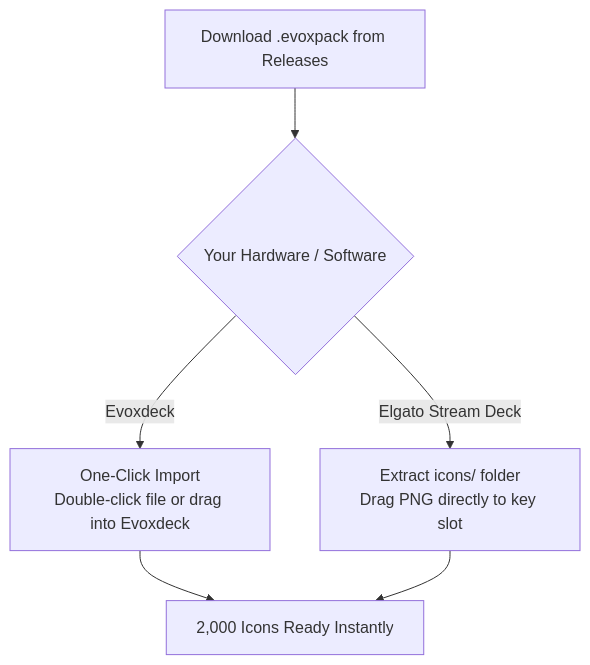
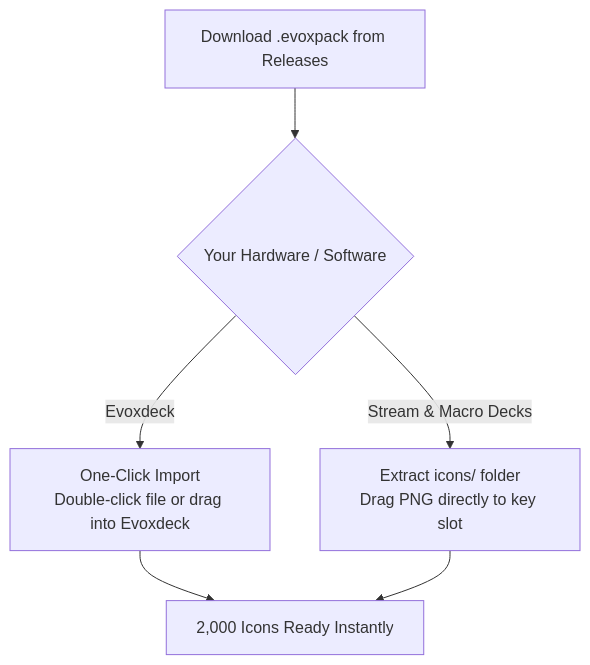
One commit to hfatih/glass-icons-pack-2 changed the diagram in README.md. Above: the diagram before and after it, drawn with Mermaid. The commit also changed other lines of this file and 11 other files, not shown here.

````diff
--- a/README.md
+++ b/README.md
@@ -78,8 +78,8 @@
 ```mermaid
 flowchart TD
     A["Download .evoxpack from Releases"] --> B{"Your Hardware / Software"}
     B -->|"Evoxdeck"| C["One-Click Import<br/>Double-click file or drag into Evoxdeck"]
-    B -->|"Elgato Stream Deck"| D["Extract icons/ folder<br/>Drag PNG directly to key slot"]
+    B -->|"Stream & Macro Decks"| D["Extract icons/ folder<br/>Drag PNG directly to key slot"]
     C --> E["2,000 Icons Ready Instantly"]
     D --> E
 ```
````
